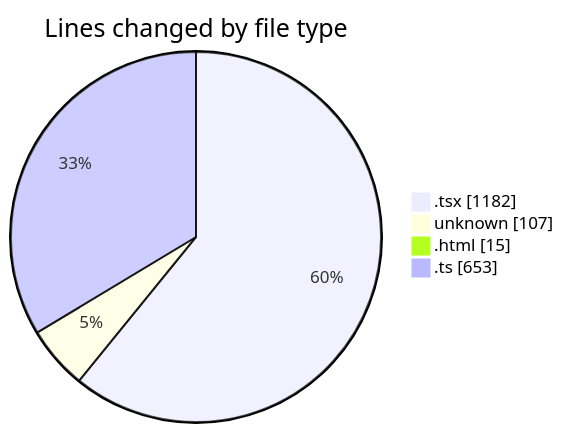
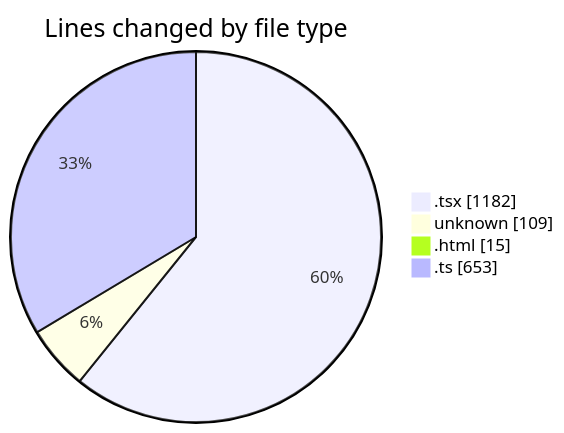
The first of 2 diagrams in 2025-06-23/archive/README.md (JenPaints/code-tracking), drawn with Mermaid before and after one commit. The commit also changed other lines of this file and 1 other file, not shown here.

````diff
--- a/2025-06-23/archive/README.md
+++ b/2025-06-23/archive/README.md
@@ -25,8 +25,8 @@
 ```mermaid
 pie showData
 title Lines changed by file type
 ".tsx" : 1182
-"unknown" : 107
+"unknown" : 109
 ".html" : 15
 ".ts" : 653
 ```
````
